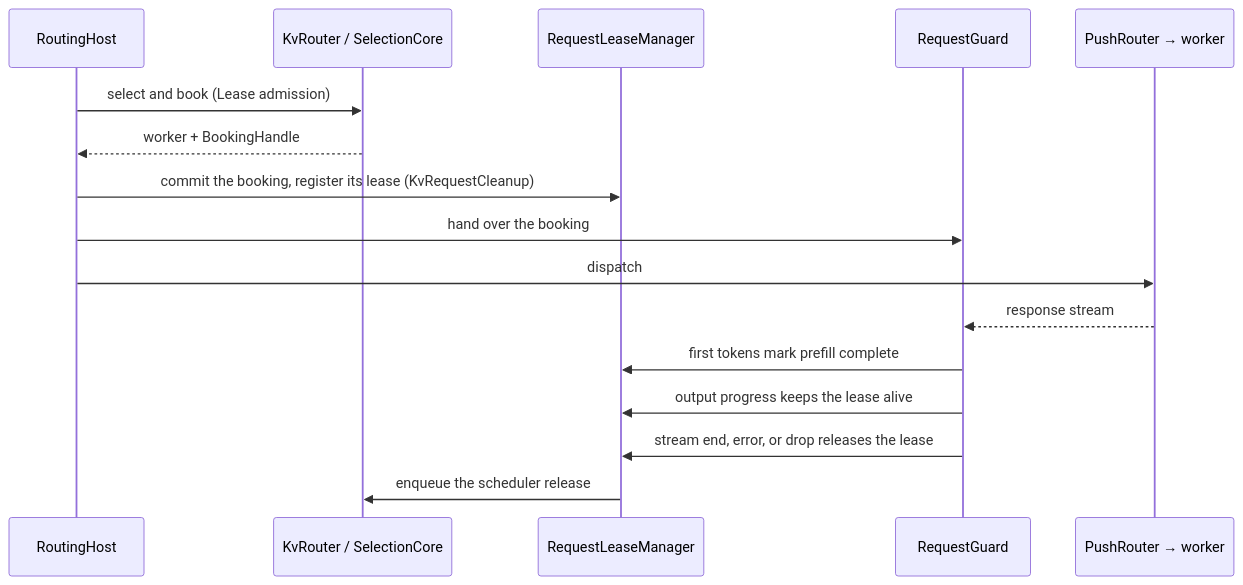
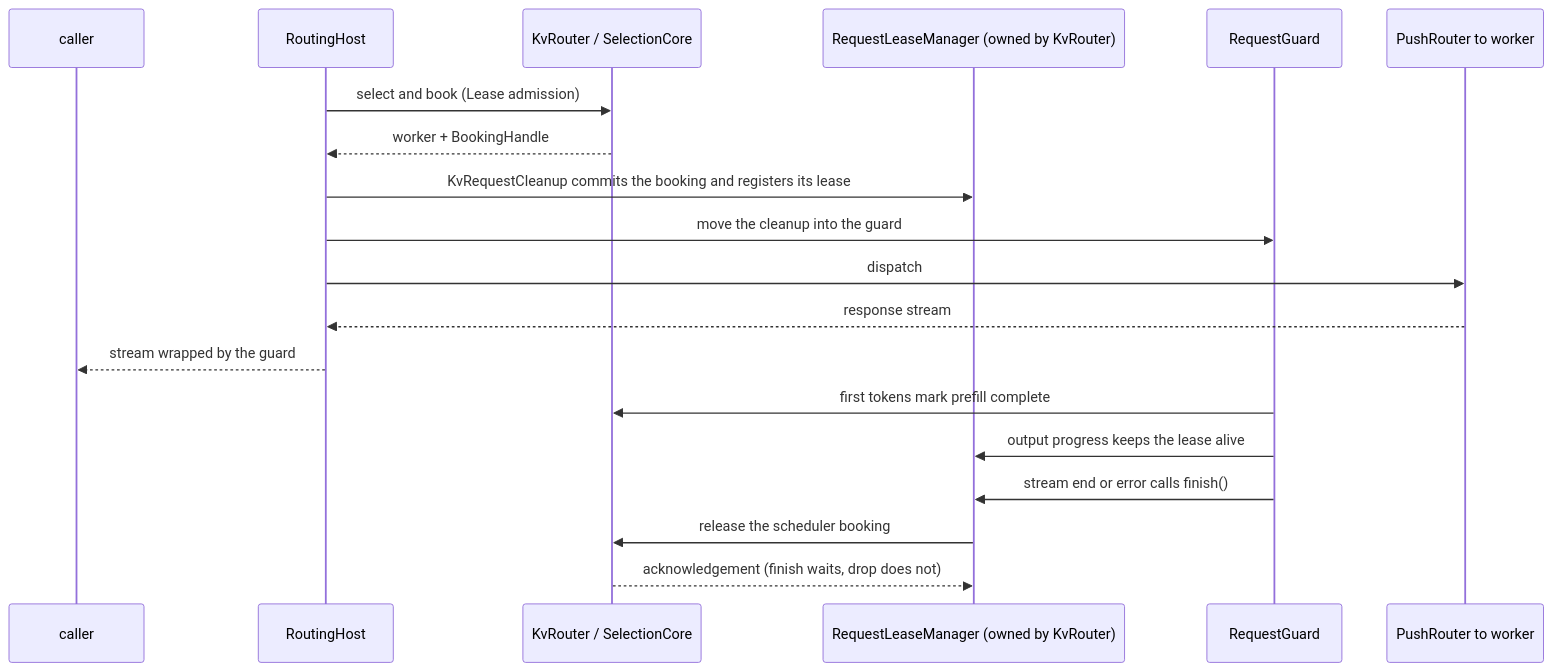
Before and after one commit to ai-dynamo/dynamo: the second of 2 diagrams in lib/llm/src/kv_router/README.md, drawn with Mermaid.

Commit message:
docs(router): correct the KV booking sequence diagram
- First output tokens mark prefill complete through
  KvRouter::mark_prefill_completed_if_booking, not the lease manager.
- Label RequestLeaseManager as owned by KvRouter.
- The response stream returns to the host, which hands the caller a
  stream wrapped by RequestGuard.
- Release waits for the scheduler acknowledgement on finish(); a drop
  only enqueues it.

````diff
--- a/lib/llm/src/kv_router/README.md
+++ b/lib/llm/src/kv_router/README.md
@@ -72,18 +72,21 @@
 ```mermaid
 sequenceDiagram
+    participant C as caller
     participant H as RoutingHost
     participant K as KvRouter / SelectionCore
-    participant L as RequestLeaseManager
+    participant L as RequestLeaseManager (owned by KvRouter)
     participant G as RequestGuard
-    participant W as PushRouter → worker
+    participant W as PushRouter to worker
     H->>K: select and book (Lease admission)
     K-->>H: worker + BookingHandle
-    H->>L: commit the booking, register its lease (KvRequestCleanup)
-    H->>G: hand over the booking
+    H->>L: KvRequestCleanup commits the booking and registers its lease
+    H->>G: move the cleanup into the guard
     H->>W: dispatch
-    W-->>G: response stream
-    G->>L: first tokens mark prefill complete
+    W-->>H: response stream
+    H-->>C: stream wrapped by the guard
+    G->>K: first tokens mark prefill complete
     G->>L: output progress keeps the lease alive
-    G->>L: stream end, error, or drop releases the lease
-    L->>K: enqueue the scheduler release
+    G->>L: stream end or error calls finish()
+    L->>K: release the scheduler booking
+    K-->>L: acknowledgement (finish waits, drop does not)
 ```
````
